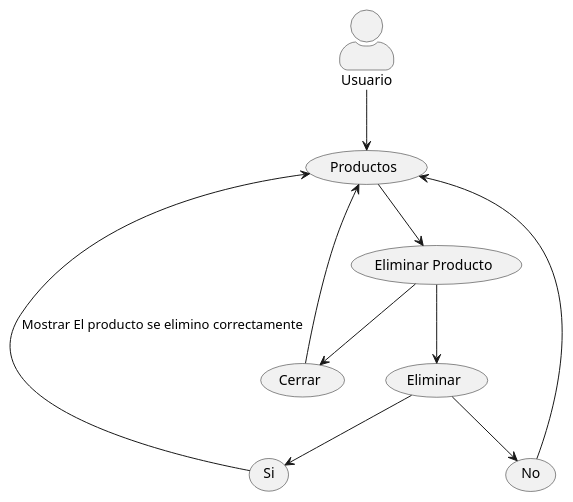
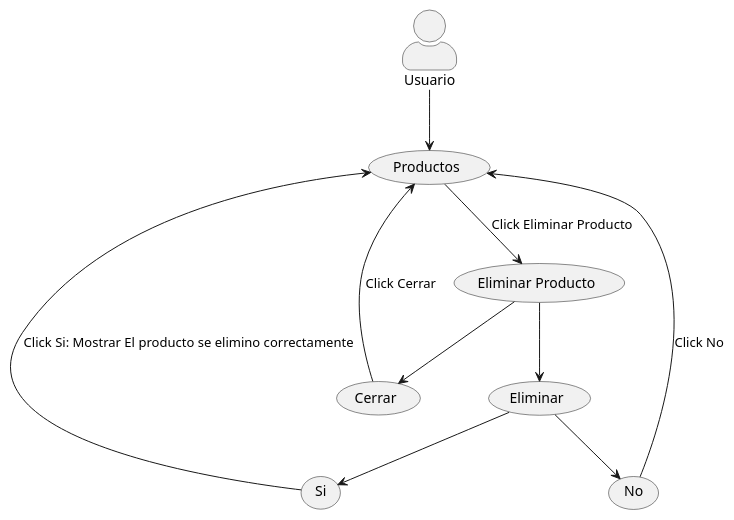
The diagram in Pro-6.puml (DDSlayer64/Casos-Uso), drawn with PlantUML before and after one commit. The commit also changed 6 other files, not shown here.

```diff
--- a/Pro-6.puml
+++ b/Pro-6.puml
@@ -1,25 +1,25 @@
 @startuml CasosDeUso
 skinparam actorStyle awesome
 
 :Usuario: as usuario 
 (Productos) as pro
 (Eliminar Producto) as ep
 (Eliminar) as eli
 (Cerrar) as cerr
 (Si) as si
 (No) as no
 
 
-pro --> ep
+pro --> ep :Click Eliminar Producto
 eli --> si  
-si --> pro : Mostrar El producto se elimino correctamente
+si --> pro : Click Si: Mostrar El producto se elimino correctamente 
 ep --> eli
 eli --> no 
-no  --> pro
+no  --> pro :Click No
 ep --> cerr
-cerr --> pro
+cerr --> pro :Click Cerrar 
 usuario --> pro 
 
 
 
 @enduml
```
